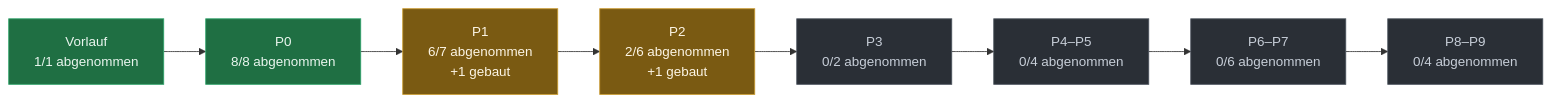
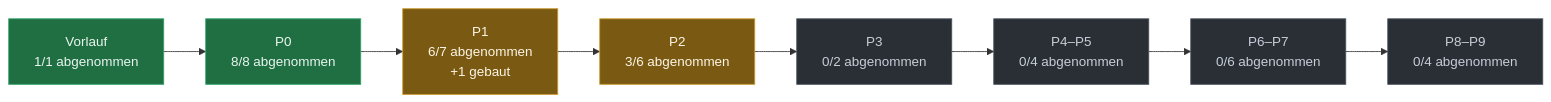
Before and after one commit to evenacadia-tech/Nakama: the diagram in docs/PLAN-STAND.md, drawn with Mermaid. The commit also changed other lines of this file and 3 other files, not shown here.

````diff
--- a/docs/PLAN-STAND.md
+++ b/docs/PLAN-STAND.md
@@ -40,21 +38,21 @@
 ```mermaid
 flowchart LR
   P0["Vorlauf<br/>1/1 abgenommen"]:::fertig
   P1["P0<br/>8/8 abgenommen"]:::fertig
   P0 --> P1
   P2["P1<br/>6/7 abgenommen<br/>+1 gebaut"]:::laeuft
   P1 --> P2
-  P3["P2<br/>2/6 abgenommen<br/>+1 gebaut"]:::laeuft
+  P3["P2<br/>3/6 abgenommen"]:::laeuft
   P2 --> P3
   P4["P3<br/>0/2 abgenommen"]:::offen
   P3 --> P4
   P5["P4–P5<br/>0/4 abgenommen"]:::offen
   P4 --> P5
   P6["P6–P7<br/>0/6 abgenommen"]:::offen
   P5 --> P6
   P7["P8–P9<br/>0/4 abgenommen"]:::offen
   P6 --> P7
   classDef fertig fill:#1f6f43,stroke:#2ea36a,color:#eaf6ef
   classDef laeuft fill:#7a5a12,stroke:#c99a2e,color:#fdf6e6
   classDef offen  fill:#2a2f36,stroke:#4a525c,color:#c7ced8
 ```
````
